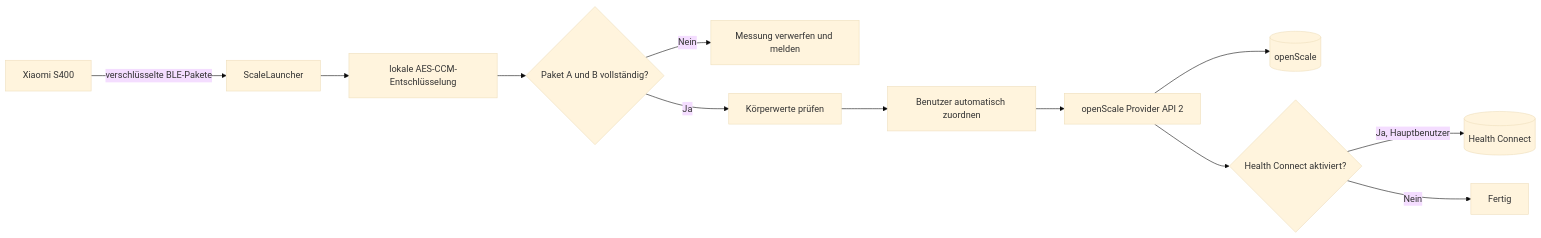
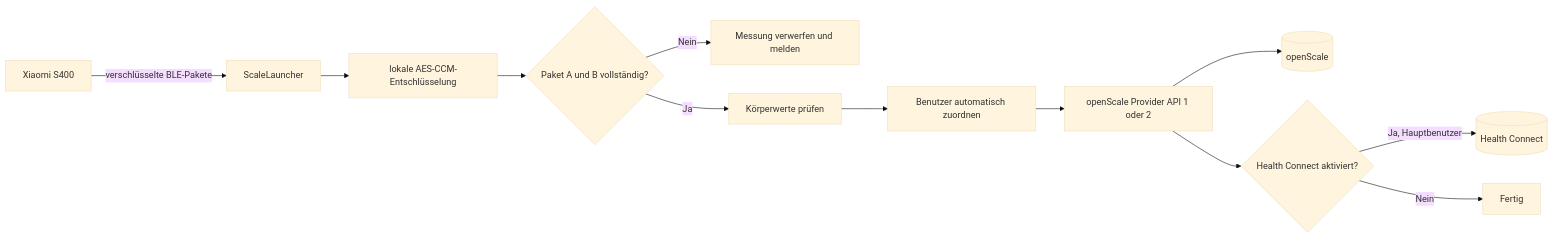
The first of 2 diagrams in README.de.md (1260er/ScaleLauncher), drawn with Mermaid (base theme) before and after one commit. The commit also changed other lines of this file and 1 other file, not shown here.

Commit message:
Document openScale API 1 fallback

````diff
--- a/README.de.md
+++ b/README.de.md
@@ -60,14 +60,14 @@
 ```mermaid
 flowchart LR
     A[Xiaomi S400] -->|verschlüsselte BLE-Pakete| B[ScaleLauncher]
     B --> C[lokale AES-CCM-Entschlüsselung]
     C --> D{Paket A und B vollständig?}
     D -->|Nein| E[Messung verwerfen und melden]
     D -->|Ja| F[Körperwerte prüfen]
     F --> G[Benutzer automatisch zuordnen]
-    G --> H[openScale Provider API 2]
+    G --> H[openScale Provider API 1 oder 2]
     H --> I[(openScale)]
     H --> J{Health Connect aktiviert?}
     J -->|Ja, Hauptbenutzer| K[(Health Connect)]
     J -->|Nein| L[Fertig]
 ```
````
